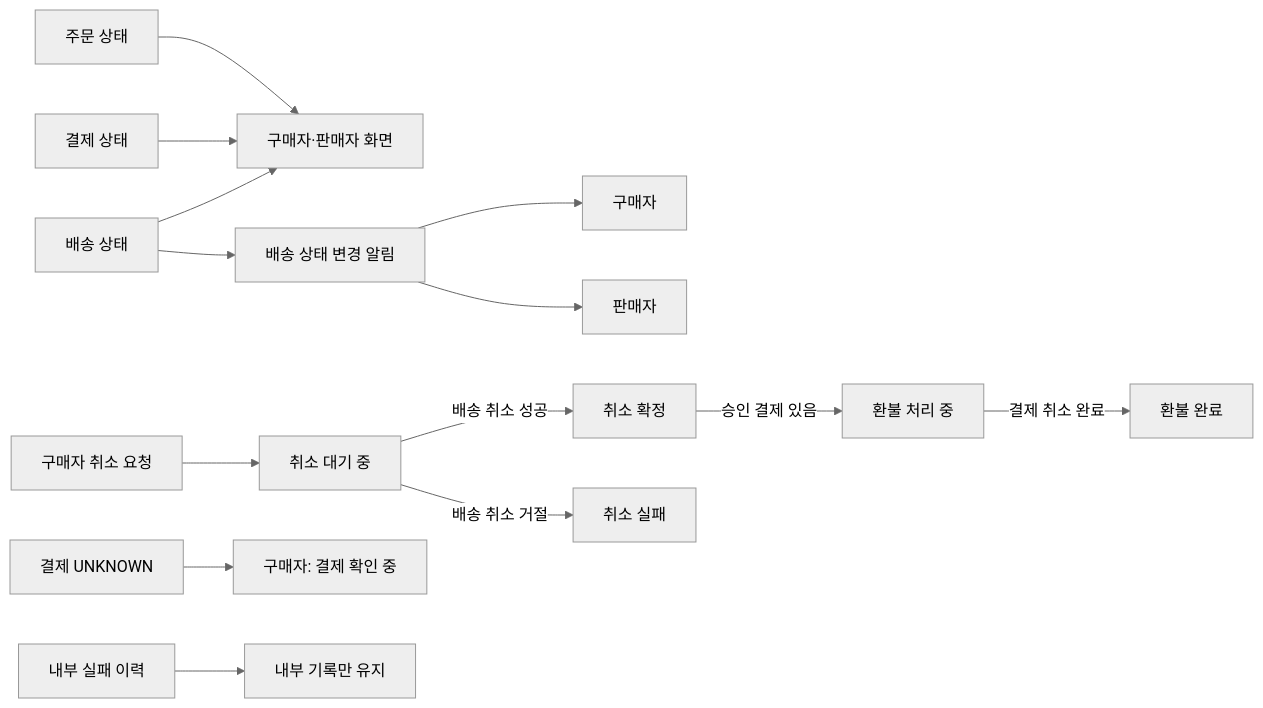
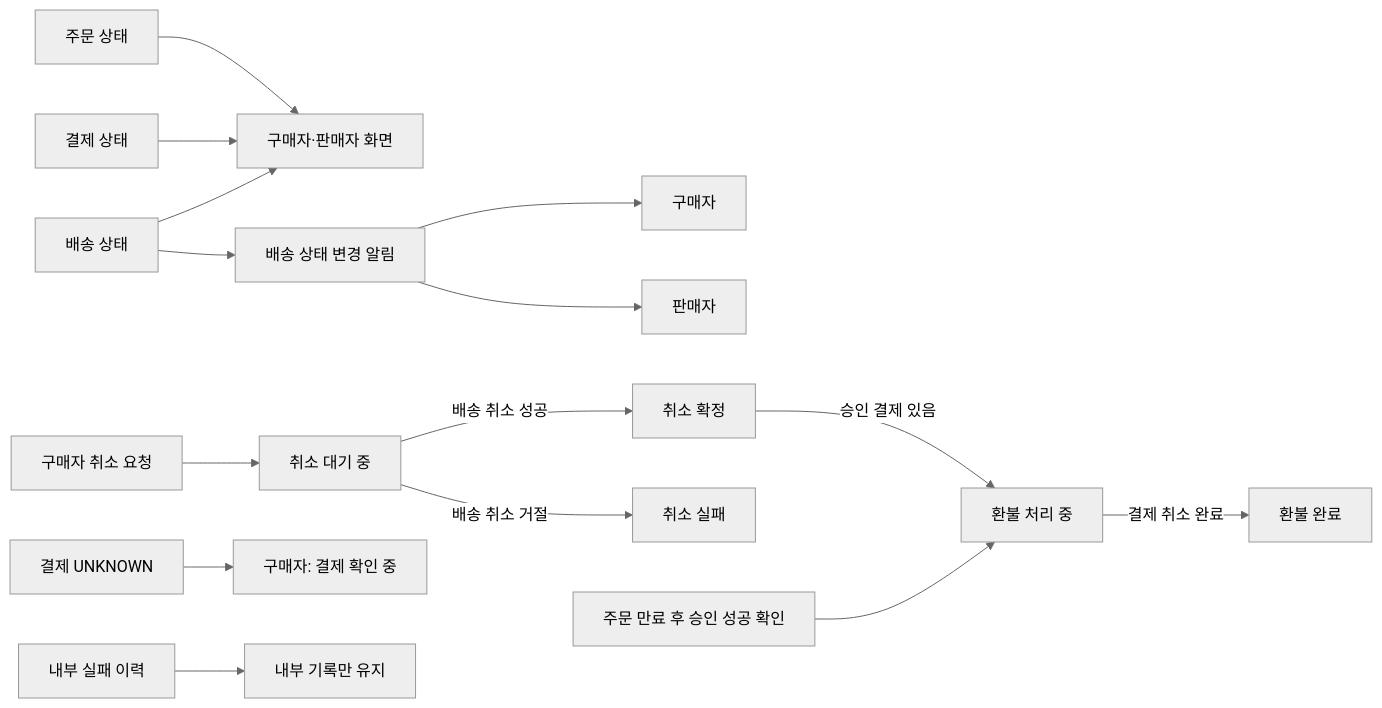
The diagram in docs/policy/customer-status.md (woowacourse-teams/2026-setty), drawn with Mermaid (neutral theme) before and after one commit. The commit also changed other lines of this file and 2 other files, not shown here.

````diff
--- a/docs/policy/customer-status.md
+++ b/docs/policy/customer-status.md
@@ -14,16 +14,17 @@
 ```mermaid
 flowchart LR
     O["주문 상태"] --> V["구매자·판매자 화면"]
     P["결제 상태"] --> V
     D["배송 상태"] --> V
     D --> N["배송 상태 변경 알림"]
     N --> B["구매자"]
     N --> S["판매자"]
     CR["구매자 취소 요청"] --> CP["취소 대기 중"]
     CP -->|"배송 취소 성공"| CC["취소 확정"]
     CP -->|"배송 취소 거절"| CF["취소 실패"]
     CC -->|"승인 결제 있음"| RP["환불 처리 중"]
+    LE["주문 만료 후 승인 성공 확인"] --> RP
     RP -->|"결제 취소 완료"| RC["환불 완료"]
     U["결제 UNKNOWN"] --> Q["구매자: 결제 확인 중"]
     H["내부 실패 이력"] --> I["내부 기록만 유지"]
 ```
````
